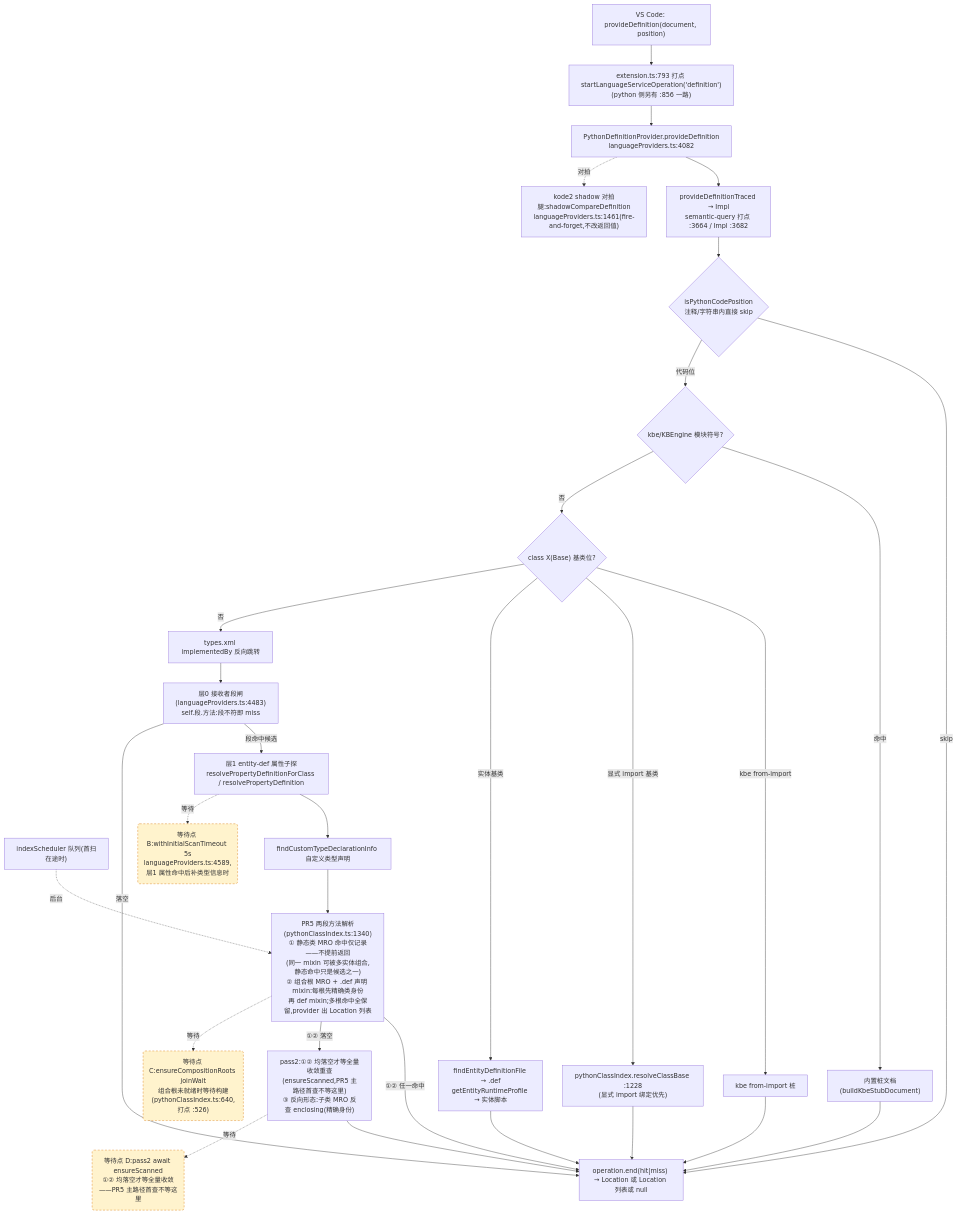
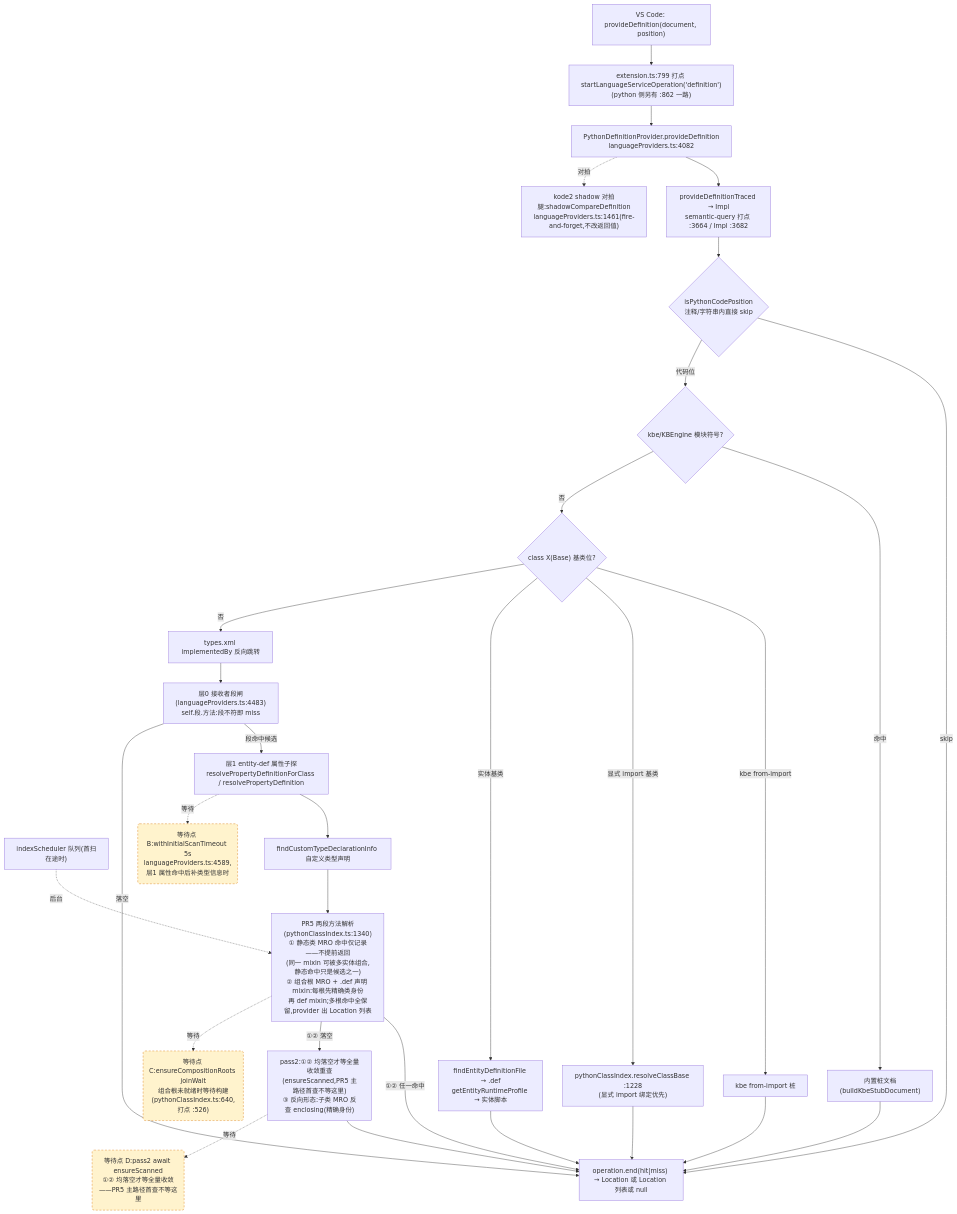
One commit to cuihairu/kode changed the second of 4 diagrams in docs/perf/2026-baseline.md. Above: the diagram before and after it, drawn with Mermaid. The commit also changed other lines of this file and 8 other files, not shown here.

````diff
--- a/docs/perf/2026-baseline.md
+++ b/docs/perf/2026-baseline.md
@@ -130,51 +130,51 @@
 ```mermaid
 flowchart TD
   VC2["VS Code: provideDefinition(document, position)"]
-  M2["extension.ts:793 打点 startLanguageServiceOperation('definition')<br/>(python 侧另有 :856 一路)"]
+  M2["extension.ts:799 打点 startLanguageServiceOperation('definition')<br/>(python 侧另有 :862 一路)"]
   AD2["PythonDefinitionProvider.provideDefinition<br/>languageProviders.ts:4082"]
   TR["provideDefinitionTraced → Impl<br/>semantic-query 打点 :3664 / Impl :3682"]
   CTX{"isPythonCodePosition<br/>注释/字符串内直接 skip"}
   KBE{"kbe/KBEngine 模块符号?"}
   STUB["内置桩文档(buildKbeStubDocument)"]
   CB{"class X(Base) 基类位?"}
   CB1["kbe from-import 桩"]
   CB2["pythonClassIndex.resolveClassBase :1228<br/>(显式 import 绑定优先)"]
   CB3["findEntityDefinitionFile → .def<br/>getEntityRuntimeProfile → 实体脚本"]
   REV["types.xml implementedBy 反向跳转"]
   L0["层0 接收者段闸(languageProviders.ts:4483)<br/>self.段.方法:段不符即 miss"]
   L1["层1 entity-def 属性子探<br/>resolvePropertyDefinitionForClass / resolvePropertyDefinition"]
   SCAN["indexScheduler 队列(首扫在途时)"]
   TY["findCustomTypeDeclarationInfo 自定义类型声明"]
   MRO["PR5 两段方法解析(pythonClassIndex.ts:1340)<br/>① 静态类 MRO 命中仅记录——不提前返回<br/>(同一 mixin 可被多实体组合,静态命中只是候选之一)<br/>② 组合根 MRO + .def 声明 mixin:每根先精确类身份<br/>再 def mixin;多根命中全保留,provider 出 Location 列表"]
   PASS2["pass2:①② 均落空才等全量收敛重查<br/>(ensureScanned,PR5 主路径首查不等这里)<br/>③ 反向形态:子类 MRO 反查 enclosing(精确身份)"]
   SHD["kode2 shadow 对拍腿:shadowCompareDefinition<br/>languageProviders.ts:1461(fire-and-forget,不改返回值)"]
   END2["operation.end(hit|miss) → Location 或 Location 列表或 null"]
 
   VC2 --> M2 --> AD2 --> TR --> CTX
   CTX -- "skip" --> END2
   CTX -- "代码位" --> KBE
   KBE -- "命中" --> STUB --> END2
   KBE -- "否" --> CB
   CB -- "kbe from-import" --> CB1 --> END2
   CB -- "显式 import 基类" --> CB2 --> END2
   CB -- "实体基类" --> CB3 --> END2
   CB -- "否" --> REV --> L0
   L0 -- "段命中候选" --> L1
   L0 -- "落空" --> END2
   L1 --> TY
   TY --> MRO
   MRO -- "①② 任一命中" --> END2
   MRO -- "①② 落空" --> PASS2 --> END2
   AD2 -.->|对拍| SHD
 
   WAITB("等待点 B:withInitialScanTimeout 5s<br/>languageProviders.ts:4589,层1 属性命中后补类型信息时")
   WAITC("等待点 C:ensureCompositionRoots joinWait<br/>组合根未就绪时等待构建(pythonClassIndex.ts:640,打点 :526)")
   WAITD("等待点 D:pass2 await ensureScanned<br/>①② 均落空才等全量收敛——PR5 主路径首查不等这里")
   L1 -.->|等待| WAITB
   MRO -.->|等待| WAITC
   PASS2 -.->|等待| WAITD
   SCAN -.->|后台| MRO
 
   classDef waitPoint fill:#fff3cd,stroke:#d97706,stroke-dasharray:5 4;
   class WAITB,WAITC,WAITD waitPoint;
 ```
````
